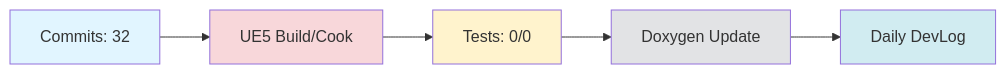
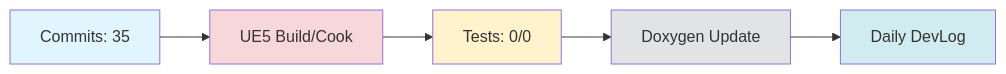
One commit to doppleddiggong/Onepiece changed the diagram in Documents/DevLog/Daily/2025-11-13.md. Above: the diagram before and after it, drawn with Mermaid. The commit also changed other lines of this file and 1 other file, not shown here.

````diff
--- a/Documents/DevLog/Daily/2025-11-13.md
+++ b/Documents/DevLog/Daily/2025-11-13.md
@@ -107,13 +107,13 @@
 ```mermaid
 flowchart LR
-  Dev[Commits: 32] --> Build[UE5 Build/Cook]
+  Dev[Commits: 35] --> Build[UE5 Build/Cook]
   Build --> Test[Tests: 0/0]
   Test --> Doc[Doxygen Update]
   Doc --> Daily[Daily DevLog]
 
   style Dev fill:#e1f5ff
   style Build fill:#f8d7da
   style Test fill:#fff3cd
   style Doc fill:#e2e3e5
   style Daily fill:#d1ecf1
 ```
````
